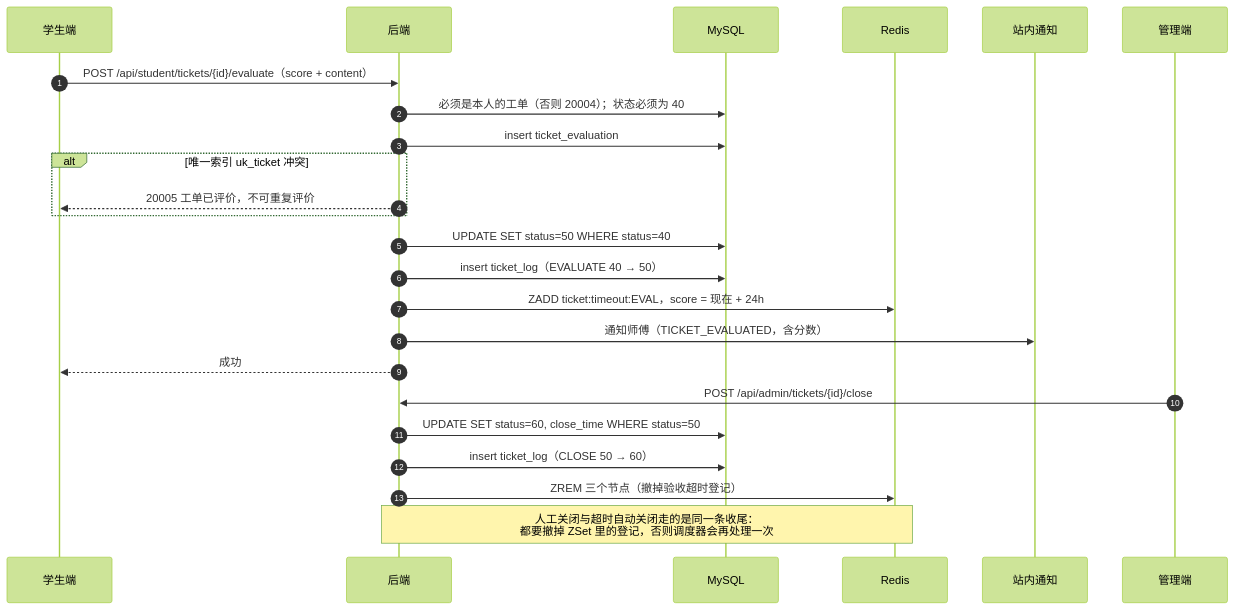
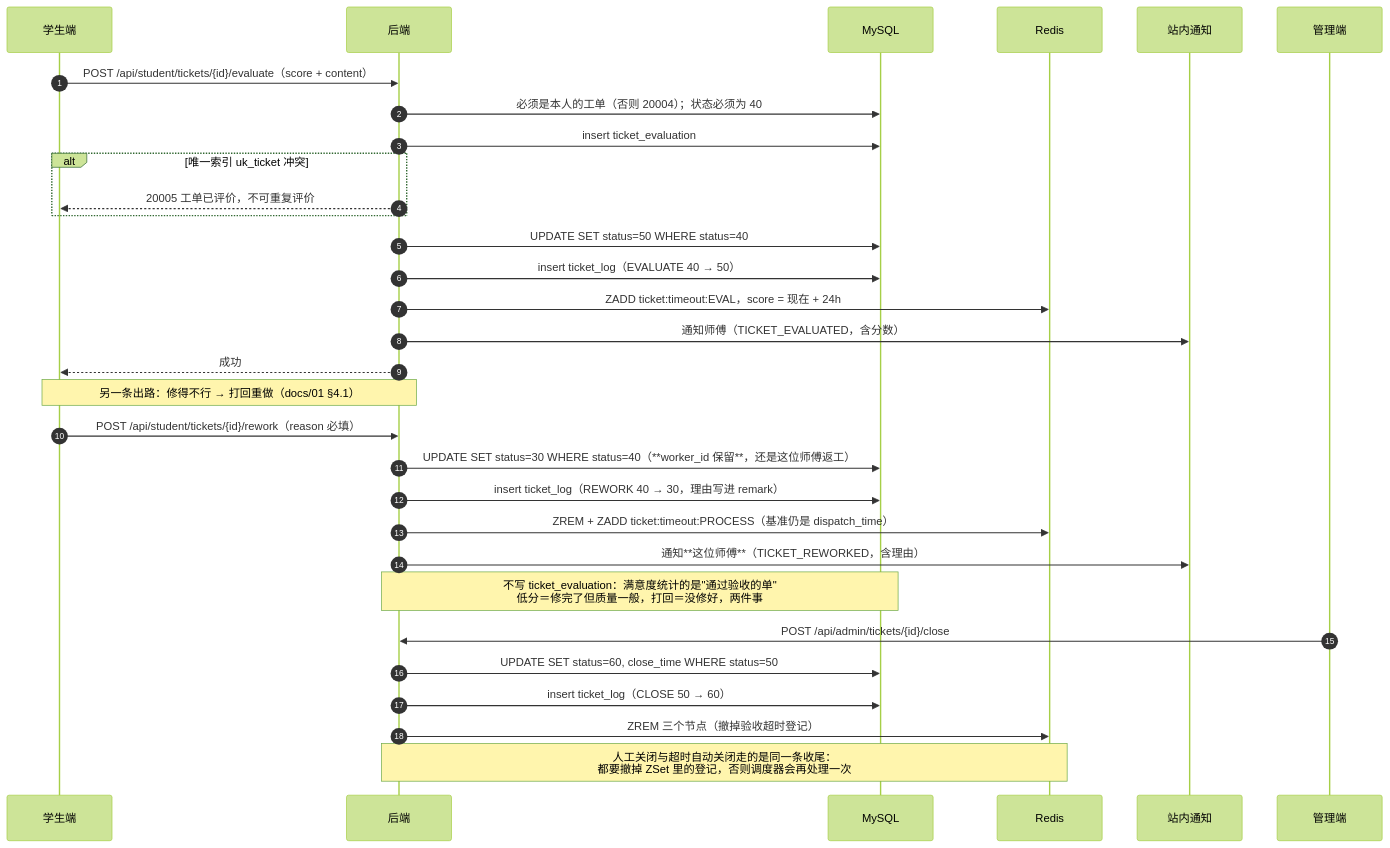
The ninth of 11 diagrams in docs/06-架构图.md (bluemalic/repair-platform), drawn with Mermaid (forest theme) before and after one commit. The commit also changed 5 other files, not shown here.

````diff
--- a/docs/06-架构图.md
+++ b/docs/06-架构图.md
@@ -391,28 +391,36 @@
 ```mermaid
 sequenceDiagram
     autonumber
     participant S as 学生端
     participant API as 后端
     participant DB as MySQL
     participant R as Redis
     participant N as 站内通知
     participant AD as 管理端
 
     S->>API: POST /api/student/tickets/{id}/evaluate（score + content）
     API->>DB: 必须是本人的工单（否则 20004）；状态必须为 40
     API->>DB: insert ticket_evaluation
     alt 唯一索引 uk_ticket 冲突
         API-->>S: 20005 工单已评价，不可重复评价
     end
     API->>DB: UPDATE SET status=50 WHERE status=40
     API->>DB: insert ticket_log（EVALUATE 40 → 50）
     API->>R: ZADD ticket:timeout:EVAL，score = 现在 + 24h
     API->>N: 通知师傅（TICKET_EVALUATED，含分数）
     API-->>S: 成功
 
+    Note over S,API: 另一条出路：修得不行 → 打回重做（docs/01 §4.1）
+    S->>API: POST /api/student/tickets/{id}/rework（reason 必填）
+    API->>DB: UPDATE SET status=30 WHERE status=40（**worker_id 保留**，还是这位师傅返工）
+    API->>DB: insert ticket_log（REWORK 40 → 30，理由写进 remark）
+    API->>R: ZREM + ZADD ticket:timeout:PROCESS（基准仍是 dispatch_time）
+    API->>N: 通知**这位师傅**（TICKET_REWORKED，含理由）
+    Note over API,DB: 不写 ticket_evaluation：满意度统计的是"通过验收的单"<br/>低分＝修完了但质量一般，打回＝没修好，两件事
+
     AD->>API: POST /api/admin/tickets/{id}/close
     API->>DB: UPDATE SET status=60, close_time WHERE status=50
     API->>DB: insert ticket_log（CLOSE 50 → 60）
     API->>R: ZREM 三个节点（撤掉验收超时登记）
     Note over API,R: 人工关闭与超时自动关闭走的是同一条收尾：<br/>都要撤掉 ZSet 里的登记，否则调度器会再处理一次
 ```
````
